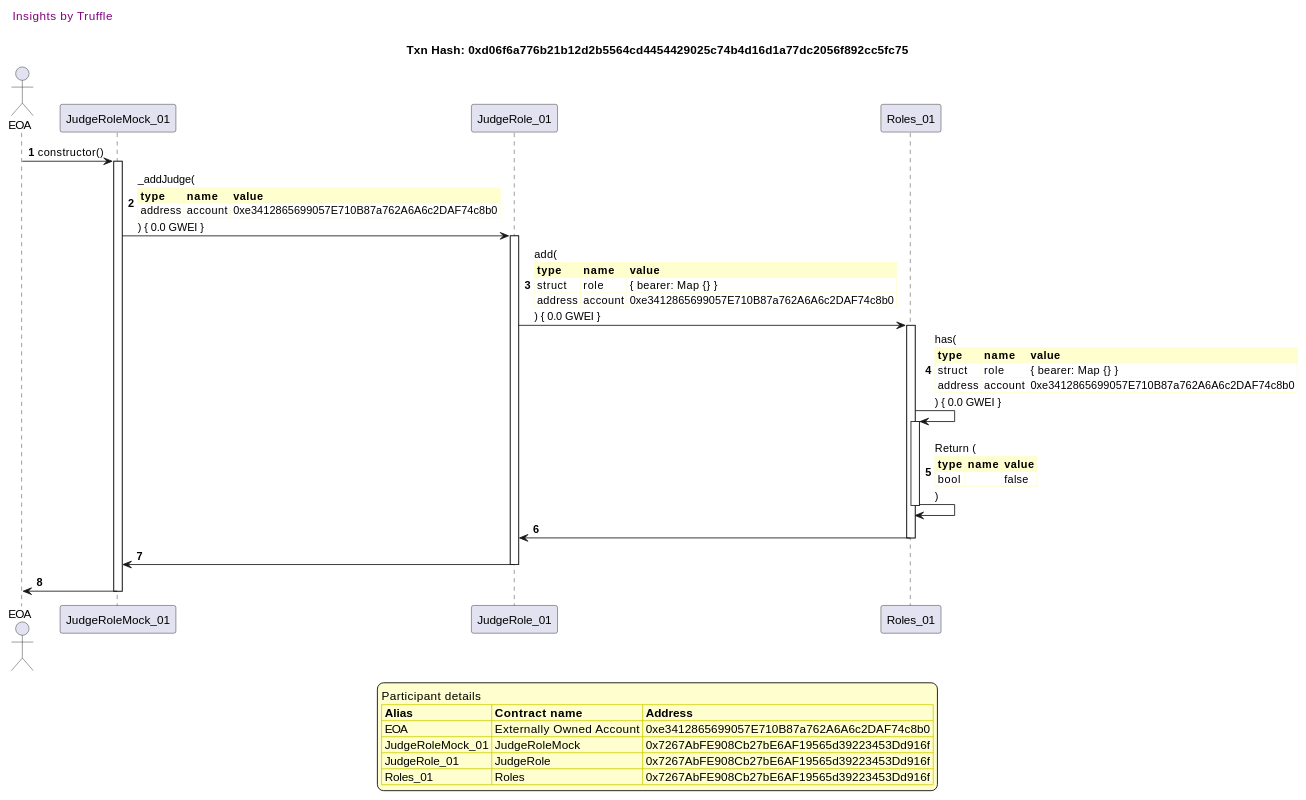
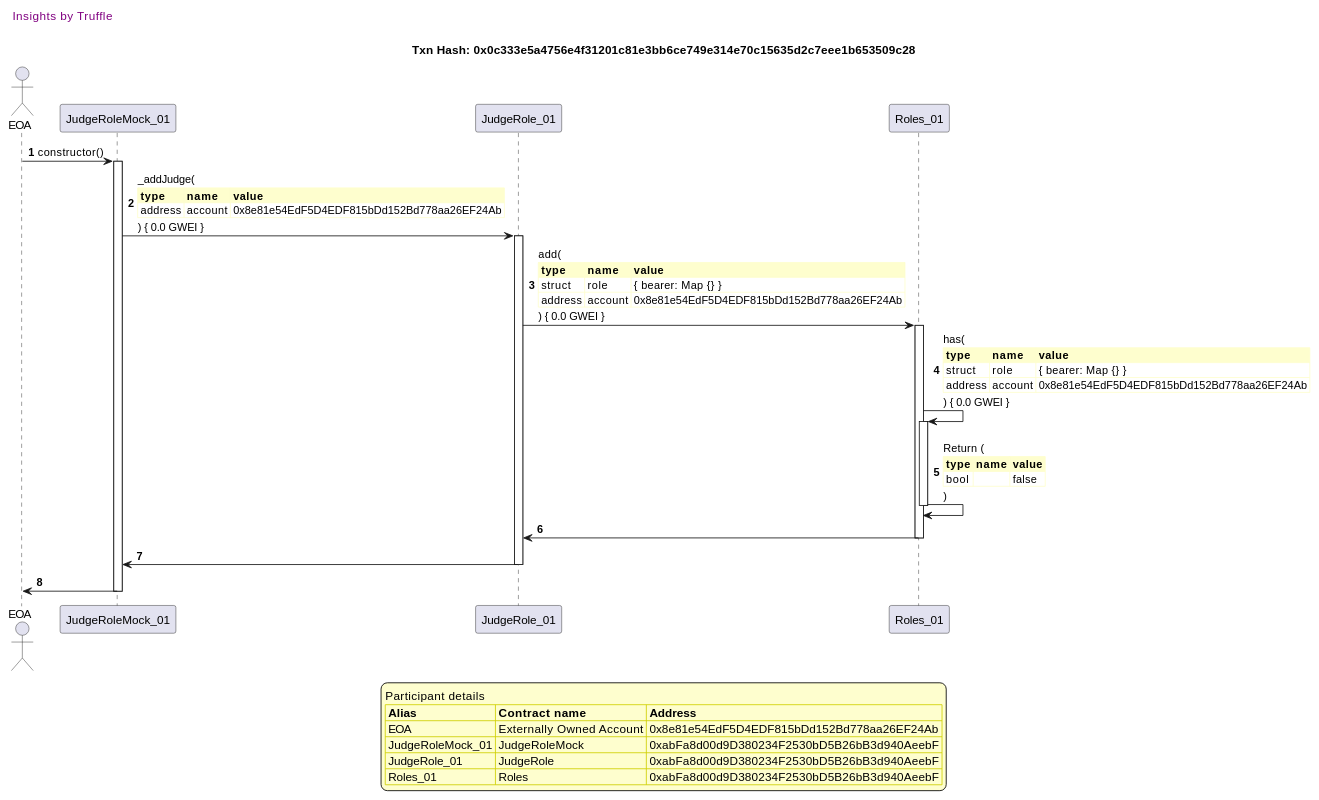
Before and after one commit to fodisi/hackapay: diagram 15 of 41 in truffle-seq/roles_judgerole.md, drawn with PlantUML. The commit also changed other lines of this file and 10 other files, not shown here.

````diff
--- a/truffle-seq/roles_judgerole.md
+++ b/truffle-seq/roles_judgerole.md
@@ -1141,61 +1141,61 @@
 ```plantuml
 
 
 @startuml
 
 autonumber
 skinparam legendBackgroundColor #FEFECE
 
 <style>
       header {
         HorizontalAlignment left
         FontColor purple
         FontSize 14
         Padding 10
       }
     </style>
 
 header Insights by Truffle
 
-title Txn Hash: 0xd06f6a776b21b12d2b5564cd4454429025c74b4d16d1a77dc2056f892cc5fc75
+title Txn Hash: 0x0c333e5a4756e4f31201c81e3bb6ce749e314e70c15635d2c7eee1b653509c28
 
 
 actor EOA as "EOA"
 participant JudgeRoleMock_01 as "JudgeRoleMock_01"
 participant JudgeRole_01 as "JudgeRole_01"
 participant Roles_01 as "Roles_01"
 
 "EOA" -> "JudgeRoleMock_01" ++: constructor()
 "JudgeRoleMock_01" -> "JudgeRole_01" ++: _addJudge(\n\
 <#FEFECE,#FEFECE>|= type |= name |= value |\n\
-| address | account | 0xe3412865699057E710B87a762A6A6c2DAF74c8b0 |\n\
+| address | account | 0x8e81e54EdF5D4EDF815bDd152Bd778aa26EF24Ab |\n\
 ) { 0.0 GWEI }
 "JudgeRole_01" -> "Roles_01" ++: add(\n\
 <#FEFECE,#FEFECE>|= type |= name |= value |\n\
 | struct | role | { bearer: Map {} } |\n\
-| address | account | 0xe3412865699057E710B87a762A6A6c2DAF74c8b0 |\n\
+| address | account | 0x8e81e54EdF5D4EDF815bDd152Bd778aa26EF24Ab |\n\
 ) { 0.0 GWEI }
 "Roles_01" -> "Roles_01" ++: has(\n\
 <#FEFECE,#FEFECE>|= type |= name |= value |\n\
 | struct | role | { bearer: Map {} } |\n\
-| address | account | 0xe3412865699057E710B87a762A6A6c2DAF74c8b0 |\n\
+| address | account | 0x8e81e54EdF5D4EDF815bDd152Bd778aa26EF24Ab |\n\
 ) { 0.0 GWEI }
 "Roles_01" -> "Roles_01" --: Return (\n\
 <#FEFECE,#FEFECE>|= type |= name |= value |\n\
 | bool |  | false |\n\
 )
 "Roles_01" -> "JudgeRole_01" --: 
 "JudgeRole_01" -> "JudgeRoleMock_01" --: 
 "JudgeRoleMock_01" -> "EOA" --: 
 
 legend
 Participant details
 <#FEFECE,#D0D000>|= Alias |= Contract name |= Address |
-<#FEFECE>| EOA | Externally Owned Account | 0xe3412865699057E710B87a762A6A6c2DAF74c8b0 |
-<#FEFECE>| JudgeRoleMock_01 | JudgeRoleMock | 0x7267AbFE908Cb27bE6AF19565d39223453Dd916f |
-<#FEFECE>| JudgeRole_01 | JudgeRole | 0x7267AbFE908Cb27bE6AF19565d39223453Dd916f |
-<#FEFECE>| Roles_01 | Roles | 0x7267AbFE908Cb27bE6AF19565d39223453Dd916f |
+<#FEFECE>| EOA | Externally Owned Account | 0x8e81e54EdF5D4EDF815bDd152Bd778aa26EF24Ab |
+<#FEFECE>| JudgeRoleMock_01 | JudgeRoleMock | 0xabFa8d00d9D380234F2530bD5B26bB3d940AeebF |
+<#FEFECE>| JudgeRole_01 | JudgeRole | 0xabFa8d00d9D380234F2530bD5B26bB3d940AeebF |
+<#FEFECE>| Roles_01 | Roles | 0xabFa8d00d9D380234F2530bD5B26bB3d940AeebF |
 endlegend
 
 @enduml
 ```
````
